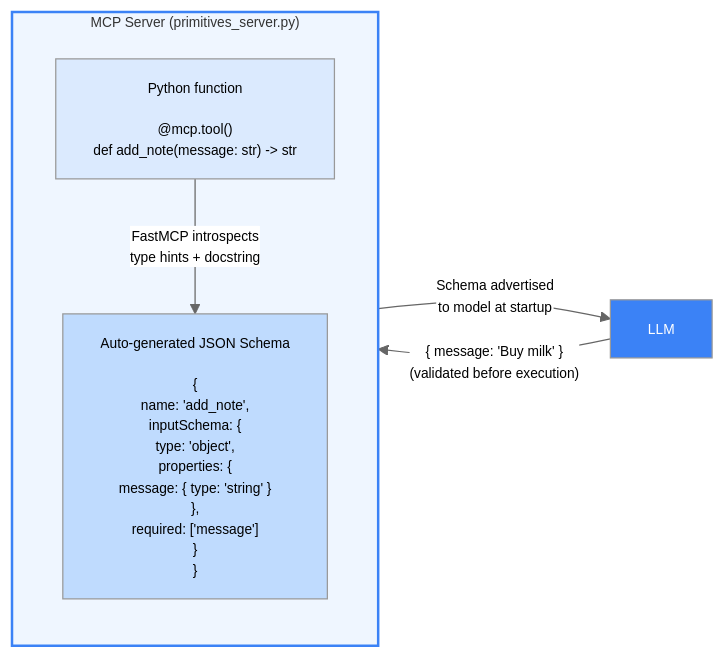
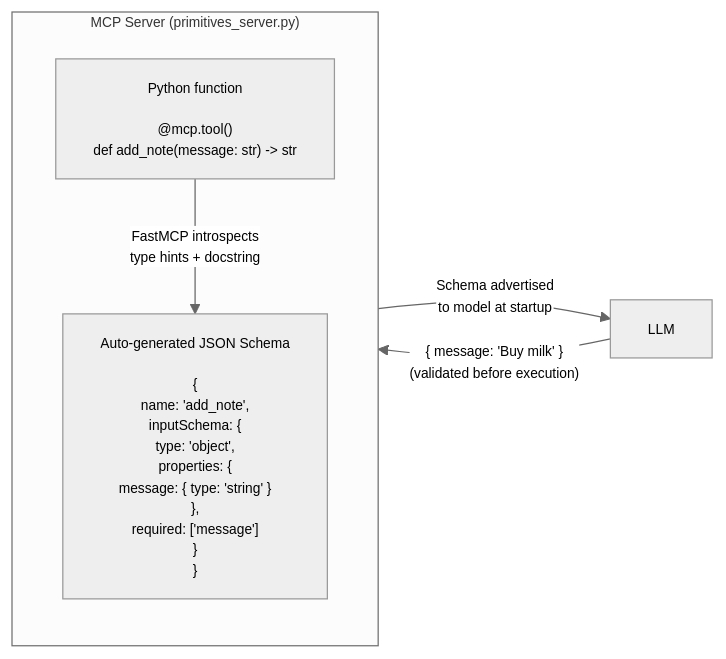
One commit to the-write-path-code/ch08-model-context-protocol changed the third of 8 diagrams in workflow/workflow.md. Above: the diagram before and after it, drawn with Mermaid. The commit also changed other lines of this file, not shown here.

````diff
--- a/workflow/workflow.md
+++ b/workflow/workflow.md
@@ -89,19 +84,14 @@
 ```mermaid
 %%{init: {"theme": "neutral", "themeVariables": {"fontFamily": "Arial, Helvetica, sans-serif", "fontSize": "11px", "actorFontSize": "11px", "noteFontSize": "10px", "messageFontSize": "10px"}}}%%
 flowchart LR
     subgraph SERVER ["MCP Server (primitives_server.py)"]
         direction TB
         PY["Python function\n\n@mcp.tool()\ndef add_note(message: str) -> str"]
         SCHEMA["Auto-generated JSON Schema\n\n{\n  name: 'add_note',\n  inputSchema: {\n    type: 'object',\n    properties: {\n      message: { type: 'string' }\n    },\n    required: ['message']\n  }\n}"]
         PY -->|"FastMCP introspects\ntype hints + docstring"| SCHEMA
     end
 
     MODEL["LLM"]
     SCHEMA -->|"Schema advertised\nto model at startup"| MODEL
     MODEL -->|"{ message: 'Buy milk' }\n(validated before execution)"| PY
-
-    style SERVER fill:#eff6ff,stroke:#3b82f6,stroke-width:2px
-    style PY fill:#dbeafe
-    style SCHEMA fill:#bfdbfe
-    style MODEL fill:#3b82f6,color:#fff
 ```
````
